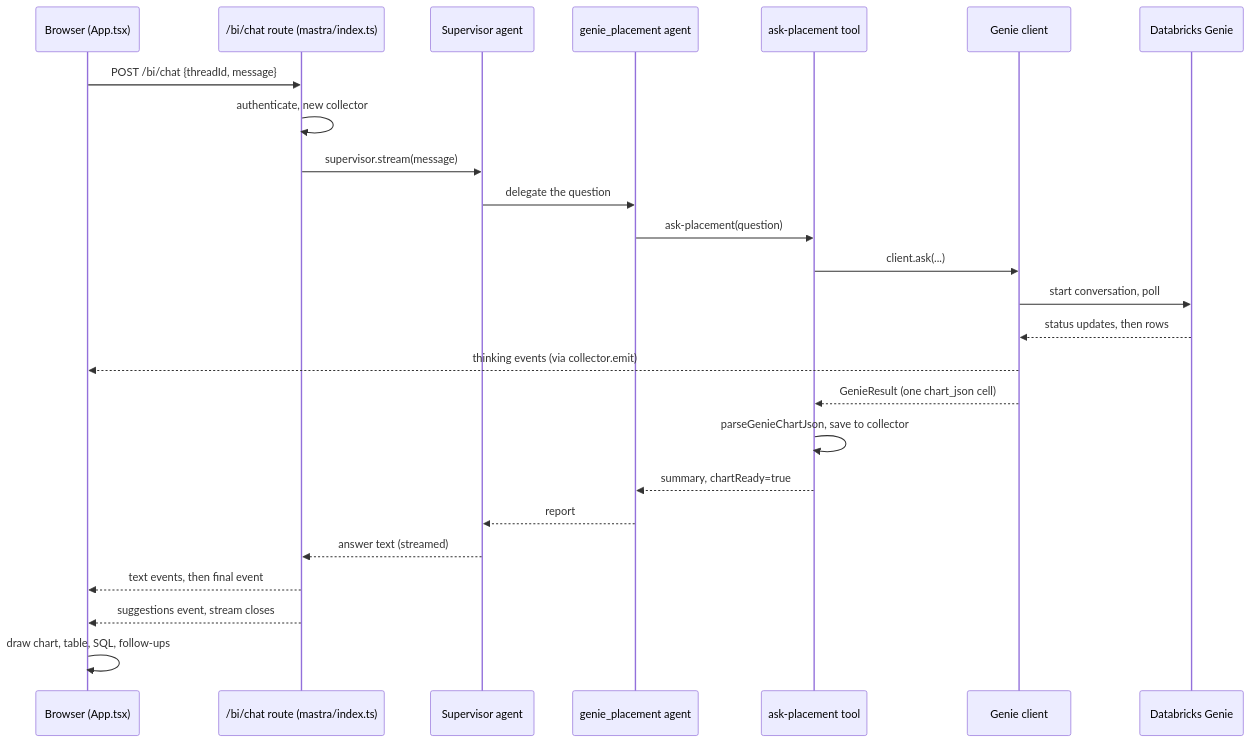
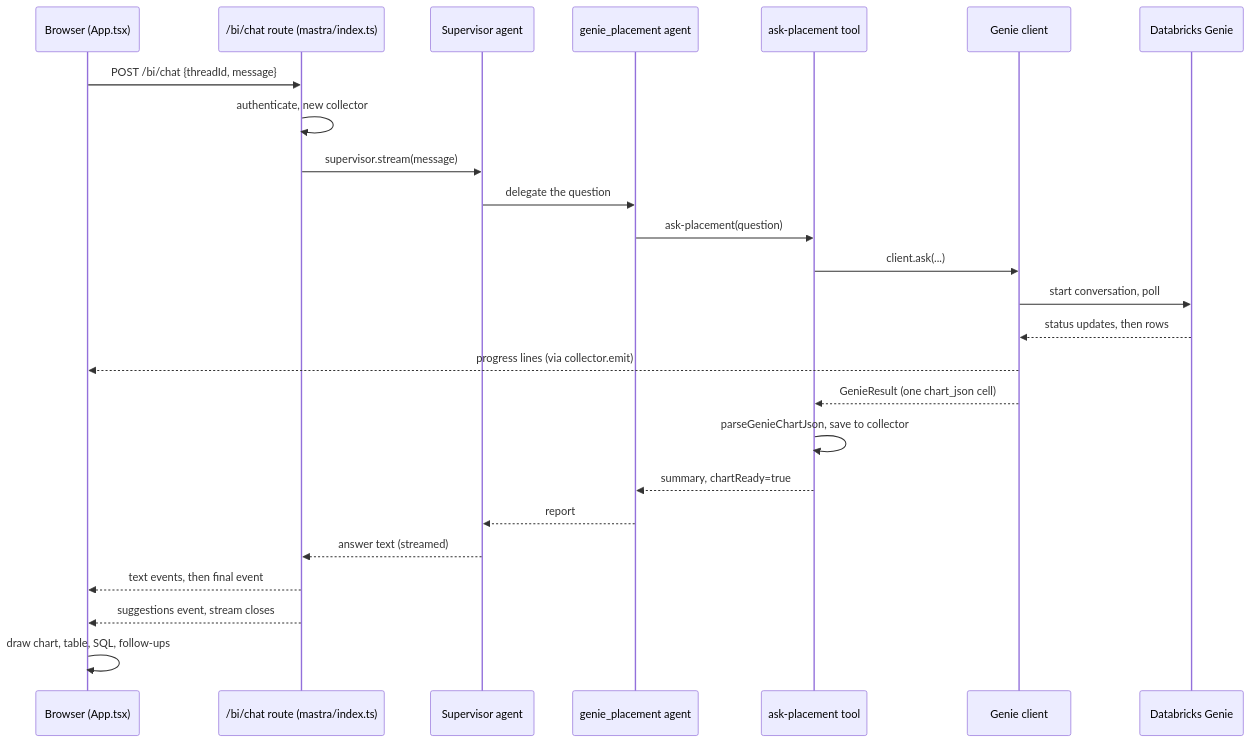
Before and after one commit to YogirajBhoomkar/conversational-bi: the diagram in docs/onboarding/05-request-journey.md, drawn with Mermaid. The commit also changed other lines of this file and 19 other files, not shown here.

````diff
--- a/docs/onboarding/05-request-journey.md
+++ b/docs/onboarding/05-request-journey.md
@@ -15,27 +15,27 @@
 ```mermaid
 sequenceDiagram
   participant B as Browser (App.tsx)
   participant R as /bi/chat route (mastra/index.ts)
   participant S as Supervisor agent
   participant G as genie_placement agent
   participant T as ask-placement tool
   participant C as Genie client
   participant D as Databricks Genie
   B->>R: POST /bi/chat {threadId, message}
   R->>R: authenticate, new collector
   R->>S: supervisor.stream(message)
   S->>G: delegate the question
   G->>T: ask-placement(question)
   T->>C: client.ask(...)
   C->>D: start conversation, poll
   D-->>C: status updates, then rows
-  C-->>B: thinking events (via collector.emit)
+  C-->>B: progress lines (via collector.emit)
   C-->>T: GenieResult (one chart_json cell)
   T->>T: parseGenieChartJson, save to collector
   T-->>G: summary, chartReady=true
   G-->>S: report
   S-->>R: answer text (streamed)
   R-->>B: text events, then final event
   R-->>B: suggestions event, stream closes
   B->>B: draw chart, table, SQL, follow-ups
 ```
````
